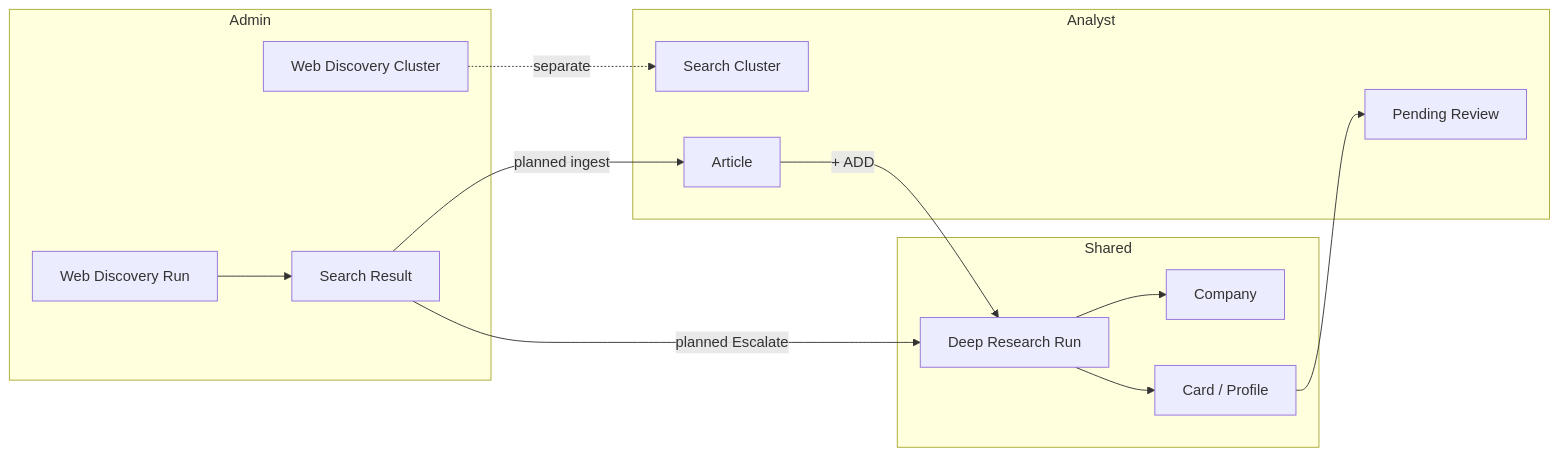
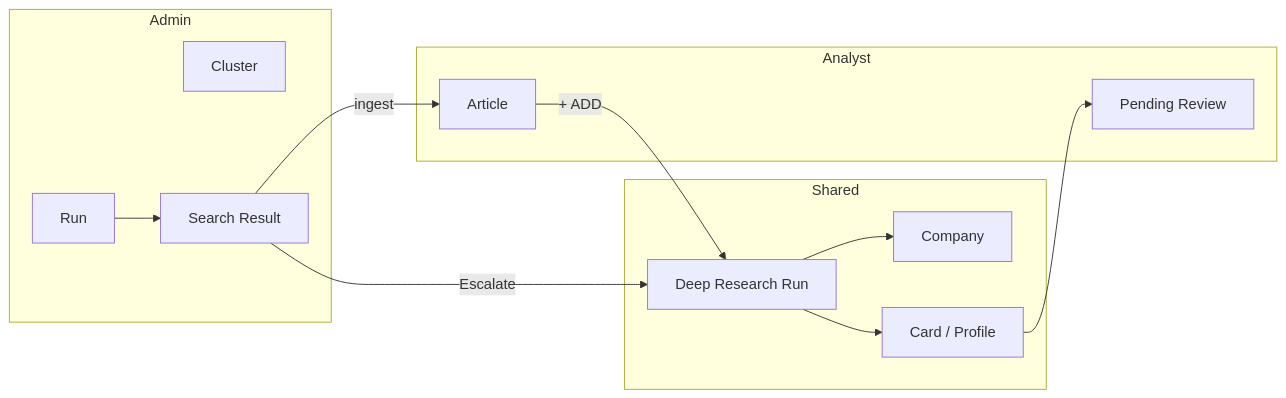
The sixth of 7 diagrams in docs/phase-1/P1-03.md (Growth-Maschine/NORAD-INTEL-ENGINE-V1), drawn with Mermaid before and after one commit. The commit also changed other lines of this file and 9 other files, not shown here.

````diff
--- a/docs/phase-1/P1-03.md
+++ b/docs/phase-1/P1-03.md
@@ -428,27 +409,25 @@
 ```mermaid
 flowchart LR
     subgraph Admin
-        WDC[Web Discovery Cluster]
+        CL[Cluster]
         SR[Search Result]
-        WDR[Web Discovery Run]
+        RUN[Run]
     end
     subgraph Shared
         DRR[Deep Research Run]
         CO[Company]
         CARD[Card / Profile]
     end
     subgraph Analyst
-        SC[Search Cluster]
         ART[Article]
         PR[Pending Review]
     end
 
-    WDR --> SR
-    SR -->|planned ingest| ART
-    SR -->|planned Escalate| DRR
-    WDC -.->|separate| SC
+    RUN --> SR
+    SR -->|ingest| ART
+    SR -->|Escalate| DRR
     ART -->|+ ADD| DRR
     DRR --> CO
     DRR --> CARD
     CARD --> PR
 ```
````
